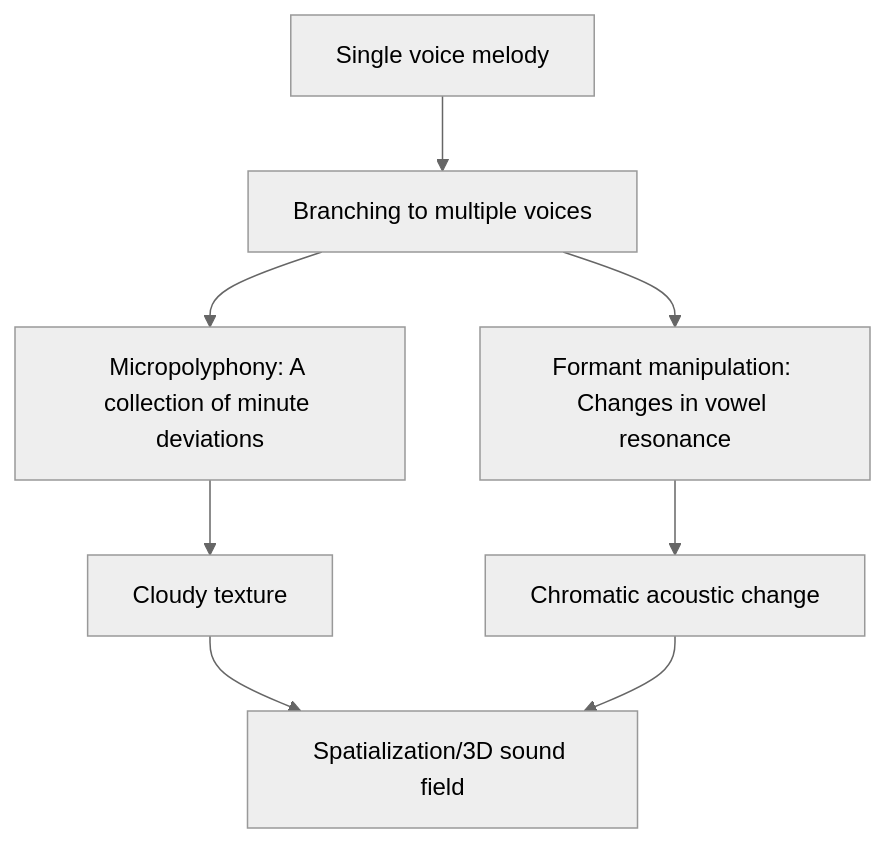
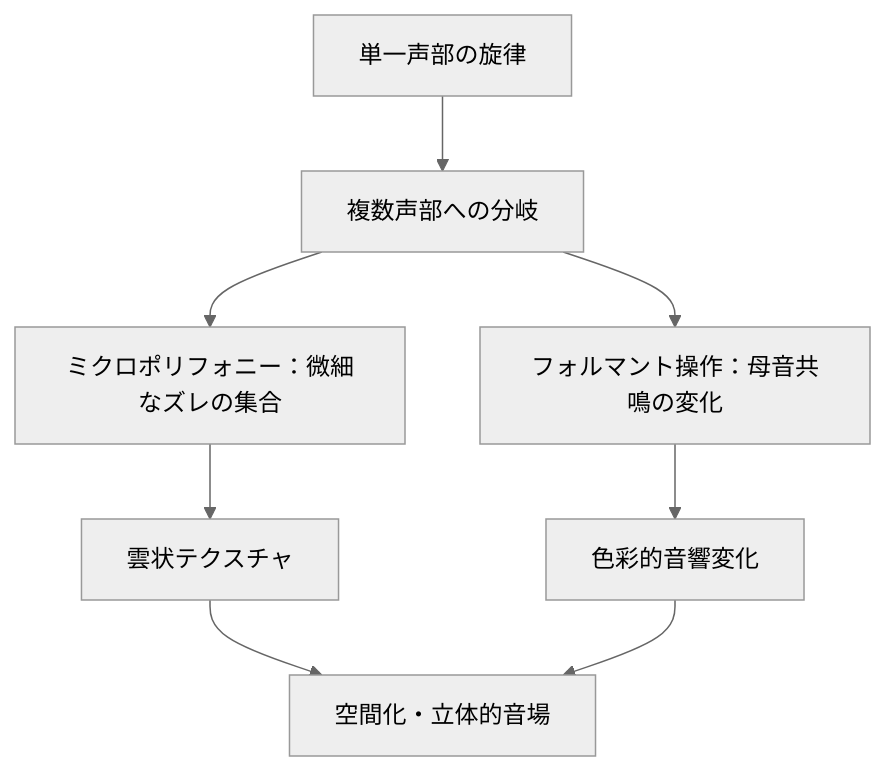
Before and after one commit to monumental-movement/monumental-movement.github.io: the second of 2 diagrams in en/_posts/2025-12-10-column-choral-vocal-experimental.md, drawn with Mermaid (neutral theme). The commit also changed other lines of this file and 775 other files, not shown here.

```diff
--- a/en/_posts/2025-12-10-column-choral-vocal-experimental.md
+++ b/en/_posts/2025-12-10-column-choral-vocal-experimental.md
@@ -228,10 +228,10 @@
 <div class="mermaid">
 flowchart TD
-    A["Single voice melody"] --> B["Branching to multiple voices"]
-    B --> C["Micropolyphony: A collection of minute deviations"]
-    B --> D["Formant manipulation: Changes in vowel resonance"]
-    C --> E["Cloudy texture"]
-    D --> F["Chromatic acoustic change"]
-    E --> G["Spatialization/3D sound field"]
-    F --> G["Spatialization/3D sound field"]
+    A["単一声部の旋律"] --> B["複数声部への分岐"]
+    B --> C["ミクロポリフォニー：微細なズレの集合"]
+    B --> D["フォルマント操作：母音共鳴の変化"]
+    C --> E["雲状テクスチャ"]
+    D --> F["色彩的音響変化"]
+    E --> G["空間化・立体的音場"]
+    F --> G["空間化・立体的音場"]
 </div>
```
